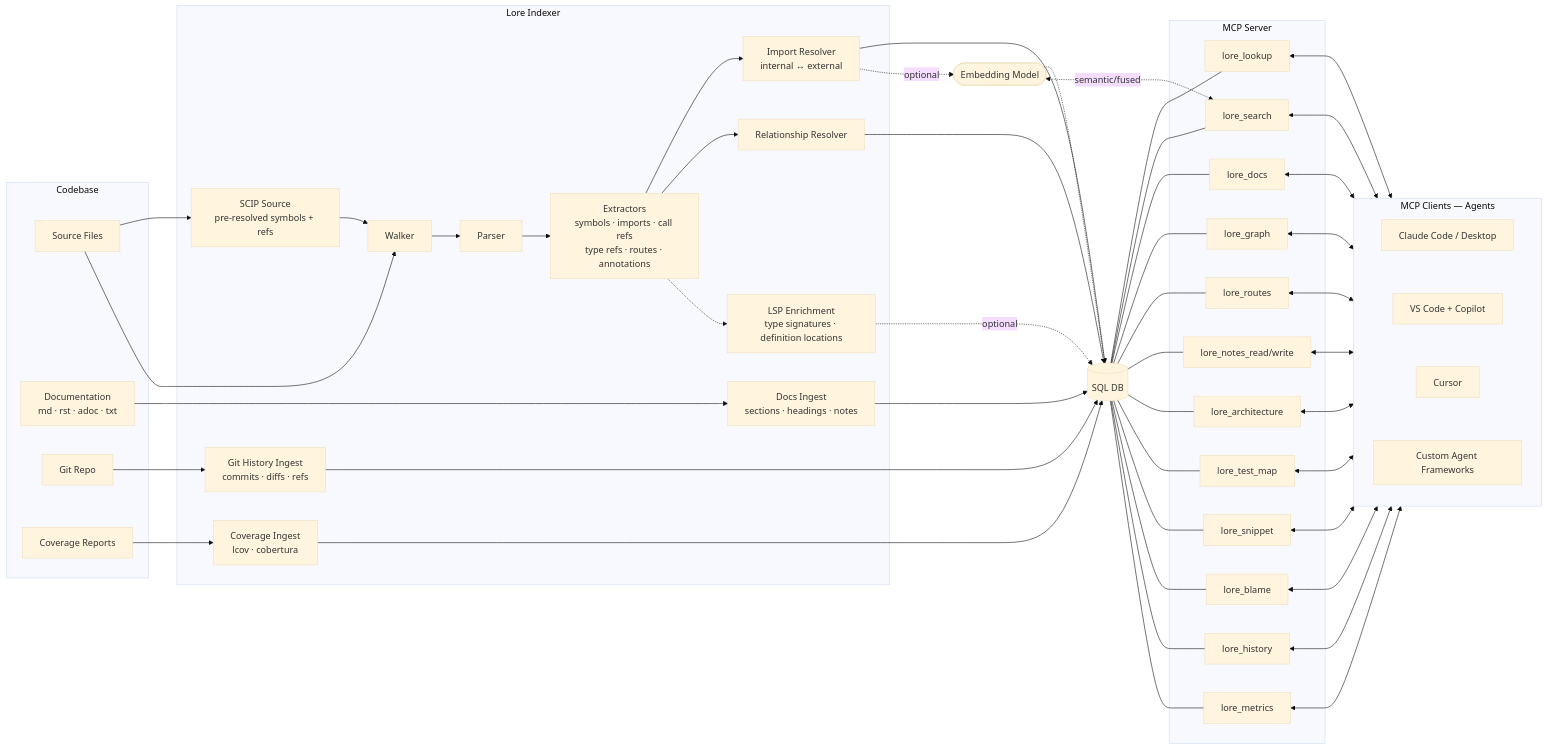
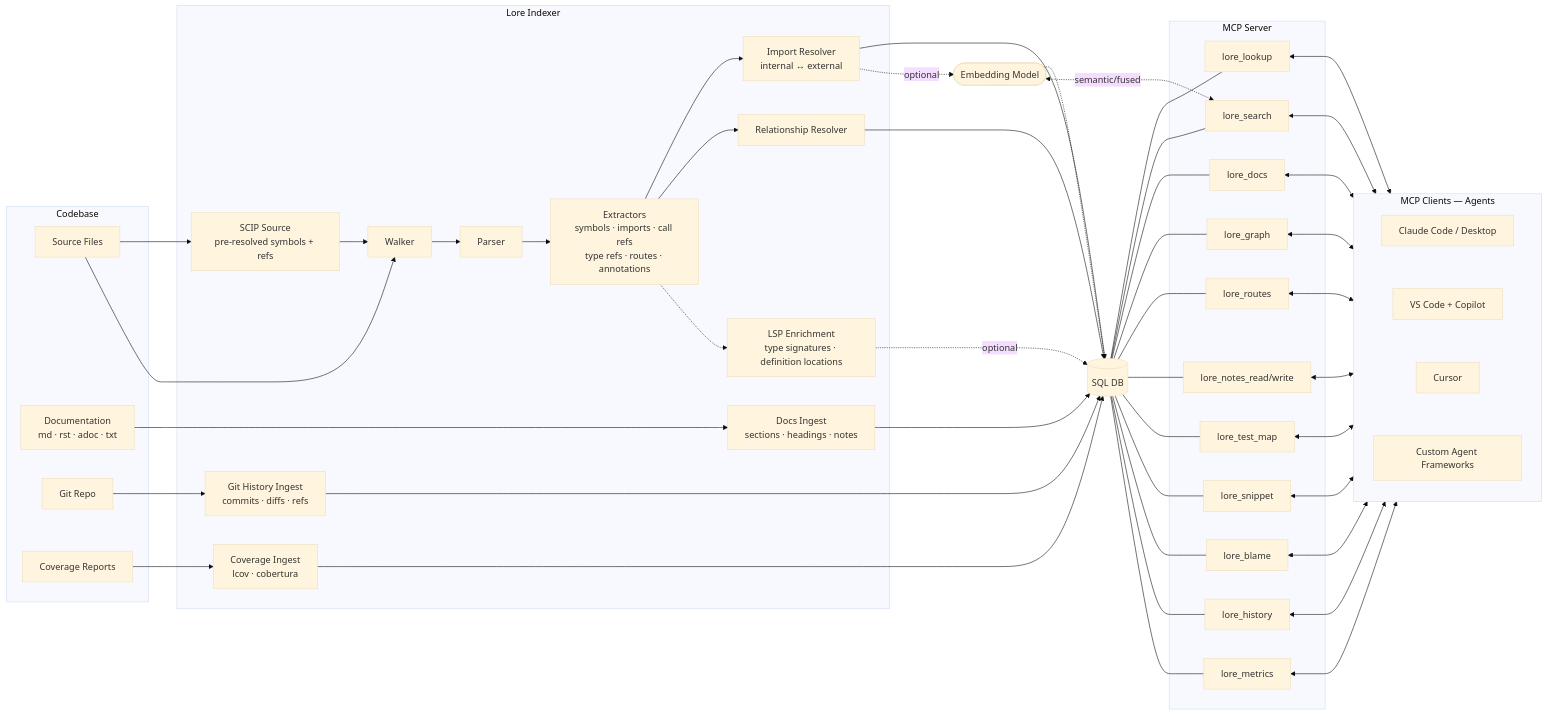
One commit to jafreck/Lore changed the diagram in README.md. Above: the diagram before and after it, drawn with Mermaid (base theme). The commit also changed other lines of this file and 3 other files, not shown here.

````diff
--- a/README.md
+++ b/README.md
@@ -31,66 +31,65 @@
 ```mermaid
 flowchart LR
     subgraph Codebase
         SRC[Source Files]
         DOCS[Documentation<br/>md · rst · adoc · txt]
         GIT[Git Repo]
         COV[Coverage Reports]
     end
 
     subgraph INDEXER[Lore Indexer]
         SCIPDIRECT[SCIP Source<br/>pre-resolved symbols + refs] --> WALK
         WALK[Walker] --> PARSE[Parser] --> EXTRACT[Extractors<br/>symbols · imports · call refs<br/>type refs · routes · annotations]
         EXTRACT --> RESOLVE[Import Resolver<br/>internal ↔ external]
         EXTRACT --> CALLGRAPH[Relationship Resolver]
         EXTRACT -.-> LSPENRICH[LSP Enrichment<br/>type signatures · definition locations]
         DOCSINGEST[Docs Ingest<br/>sections · headings · notes]
         GITHIST[Git History Ingest<br/>commits · diffs · refs]
         COVINGEST[Coverage Ingest<br/>lcov · cobertura]
     end
 
     SRC --> SCIPDIRECT
     SRC --> WALK
     DOCS --> DOCSINGEST
     GIT --> GITHIST
     COV --> COVINGEST
 
     DB[(SQL DB)]
     EMBED([Embedding Model])
 
     subgraph MCP_SERVER[MCP Server]
         LOOKUP[lore_lookup]
         SEARCH[lore_search]
         DOCS_TOOL[lore_docs]
         GRAPH[lore_graph]
         ROUTES[lore_routes]
         NOTES[lore_notes_read/write]
-        ARCH[lore_architecture]
         TESTMAP[lore_test_map]
         SNIPPET[lore_snippet]
         BLAME[lore_blame]
         HISTORY[lore_history]
         METRICS[lore_metrics]
     end
 
     subgraph MCP_CLIENTS[MCP Clients — Agents]
         CLAUDE_CODE[Claude Code / Desktop]
         COPILOT[VS Code + Copilot]
         CURSOR[Cursor]
         CUSTOM[Custom Agent Frameworks]
         CLAUDE_CODE ~~~ COPILOT ~~~ CURSOR ~~~ CUSTOM
     end
 
     DOCSINGEST --> DB
     GITHIST --> DB
     COVINGEST --> DB
 
     RESOLVE & CALLGRAPH --> DB
     LSPENRICH -.->|optional| DB
     RESOLVE -.->|optional| EMBED
     EMBED -.-> DB
 
-    DB --- LOOKUP & SEARCH & DOCS_TOOL & GRAPH & ROUTES & NOTES & ARCH & TESTMAP & SNIPPET & BLAME & HISTORY & METRICS
+    DB --- LOOKUP & SEARCH & DOCS_TOOL & GRAPH & ROUTES & NOTES & TESTMAP & SNIPPET & BLAME & HISTORY & METRICS
     EMBED <-.->|semantic/fused| SEARCH
 
-    LOOKUP & SEARCH & DOCS_TOOL & GRAPH & ROUTES & NOTES & ARCH & TESTMAP & SNIPPET & BLAME & HISTORY & METRICS <--> MCP_CLIENTS
+    LOOKUP & SEARCH & DOCS_TOOL & GRAPH & ROUTES & NOTES & TESTMAP & SNIPPET & BLAME & HISTORY & METRICS <--> MCP_CLIENTS
 ```
````
